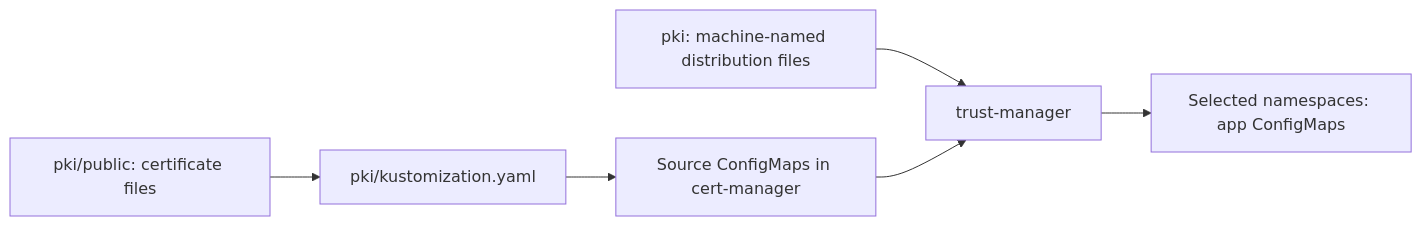
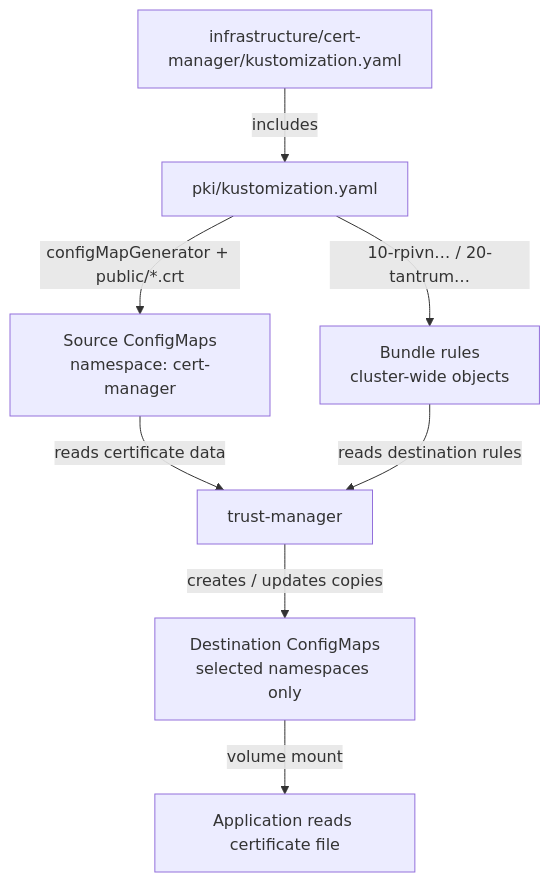
One commit to Quangsumi/k3s-homelab changed the diagram in pki/README.md. Above: the diagram before and after it, drawn with Mermaid. The commit also changed other lines of this file and 2 other files, not shown here.

Commit message:
Explain certificate publishing and distribution with exact flow diagram

````diff
--- a/pki/README.md
+++ b/pki/README.md
@@ -7,8 +13,10 @@
 ```mermaid
-flowchart LR
-  F[pki/public: certificate files] --> K[pki/kustomization.yaml]
-  K --> S[Source ConfigMaps in cert-manager]
-  D[pki: machine-named distribution files] --> T[trust-manager]
-  S --> T
-  T --> M[Selected namespaces: app ConfigMaps]
+flowchart TD
+  A["infrastructure/cert-manager/kustomization.yaml"] -->|includes| B["pki/kustomization.yaml"]
+  B -->|"configMapGenerator + public/*.crt"| S["Source ConfigMaps<br/>namespace: cert-manager"]
+  B -->|"10-rpivn… / 20-tantrum…"| R["Bundle rules<br/>cluster-wide objects"]
+  S -->|"reads certificate data"| T["trust-manager"]
+  R -->|"reads destination rules"| T
+  T -->|"creates / updates copies"| D["Destination ConfigMaps<br/>selected namespaces only"]
+  D -->|"volume mount"| P["Application reads certificate file"]
 ```
````
